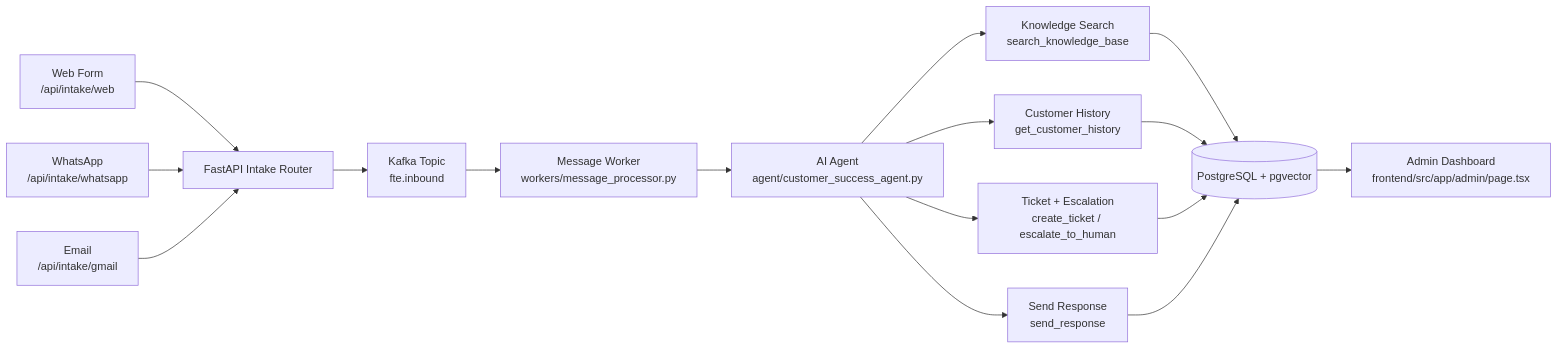
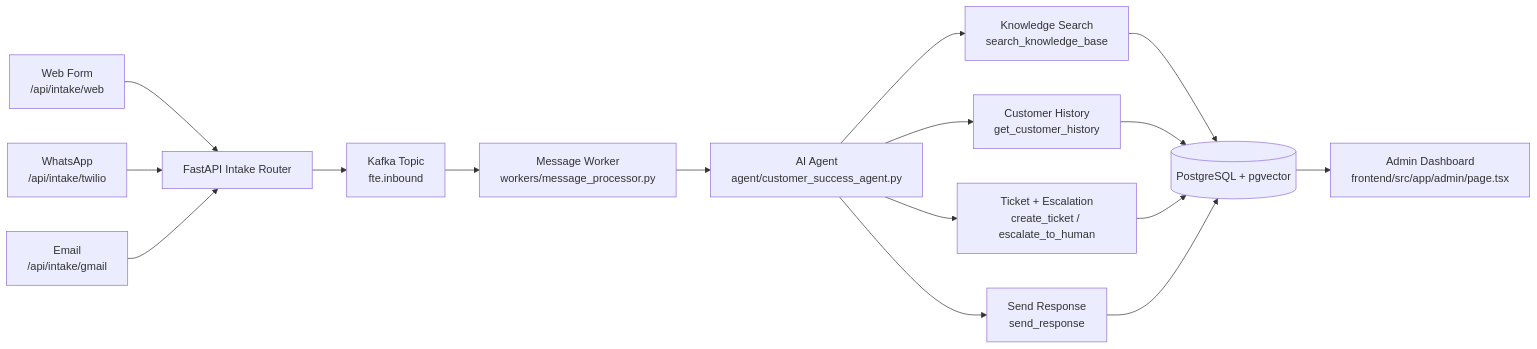
One commit to Sheikh-Muhammad-Mujtaba/CRM-Digital-FTE changed the diagram in README.md. Above: the diagram before and after it, drawn with Mermaid. The commit also changed other lines of this file and 3 other files, not shown here.

Commit message:
docs: update README and guide for Twilio WhatsApp integration changes, add channel setup section

````diff
--- a/README.md
+++ b/README.md
@@ -62,22 +63,22 @@
 ```mermaid
 flowchart LR
    A[Web Form\n/api/intake/web] --> D[FastAPI Intake Router]
-   B[WhatsApp\n/api/intake/whatsapp] --> D
+   B[WhatsApp\n/api/intake/twilio] --> D
    C[Email\n/api/intake/gmail] --> D
 
    D --> E[Kafka Topic\nfte.inbound]
    E --> F[Message Worker\nworkers/message_processor.py]
    F --> G[AI Agent\nagent/customer_success_agent.py]
 
    G --> H[Knowledge Search\nsearch_knowledge_base]
    G --> I[Customer History\nget_customer_history]
    G --> J[Ticket + Escalation\ncreate_ticket / escalate_to_human]
    G --> K[Send Response\nsend_response]
 
    H --> L[(PostgreSQL + pgvector)]
    I --> L
    J --> L
    K --> L
 
    L --> M[Admin Dashboard\nfrontend/src/app/admin/page.tsx]
 ```
````
